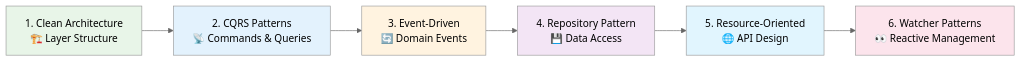
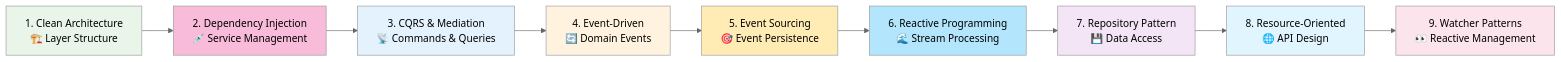
Before and after one commit to bvandewe/pyneuro: the second of 2 diagrams in docs/patterns/index.md, drawn with Mermaid (neutral theme). The commit also changed other lines of this file and 53 other files, not shown here.

````diff
--- a/docs/patterns/index.md
+++ b/docs/patterns/index.md
@@ -193,15 +86,21 @@
 ```mermaid
 flowchart LR
-    A[1. Clean Architecture<br/>🏗️ Layer Structure] --> B[2. CQRS Patterns<br/>📡 Commands & Queries]
-    B --> C[3. Event-Driven<br/>🔄 Domain Events]
-    C --> D[4. Repository Pattern<br/>💾 Data Access]
-    D --> E[5. Resource-Oriented<br/>🌐 API Design]
-    E --> F[6. Watcher Patterns<br/>👀 Reactive Management]
+    A[1. Clean Architecture<br/>🏗️ Layer Structure] --> B[2. Dependency Injection<br/>💉 Service Management]
+    B --> C[3. CQRS & Mediation<br/>📡 Commands & Queries]
+    C --> D[4. Event-Driven<br/>🔄 Domain Events]
+    D --> E[5. Event Sourcing<br/>🎯 Event Persistence]
+    E --> F[6. Reactive Programming<br/>🌊 Stream Processing]
+    F --> G[7. Repository Pattern<br/>💾 Data Access]
+    G --> H[8. Resource-Oriented<br/>🌐 API Design]
+    H --> I[9. Watcher Patterns<br/>👀 Reactive Management]
 
     style A fill:#e8f5e8
-    style B fill:#e3f2fd
-    style C fill:#fff3e0
-    style D fill:#f3e5f5
-    style E fill:#e1f5fe
-    style F fill:#fce4ec
+    style B fill:#f8bbd9
+    style C fill:#e3f2fd
+    style D fill:#fff3e0
+    style E fill:#ffecb5
+    style F fill:#b3e5fc
+    style G fill:#f3e5f5
+    style H fill:#e1f5fe
+    style I fill:#fce4ec
 ```
````
